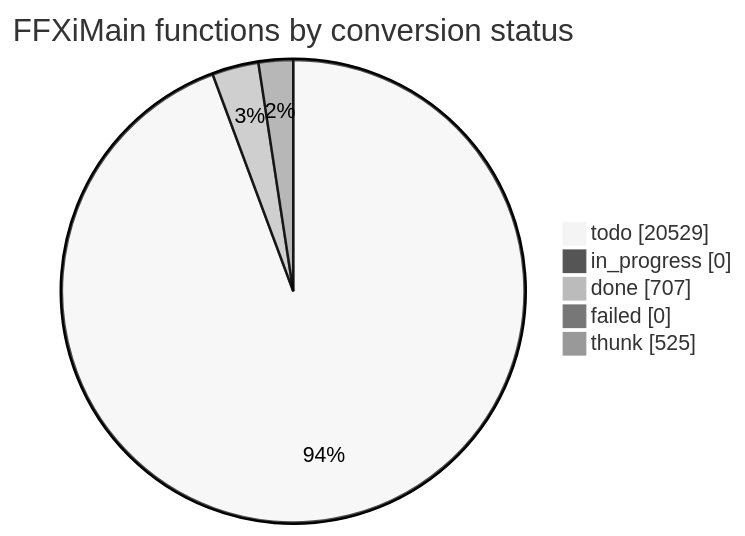
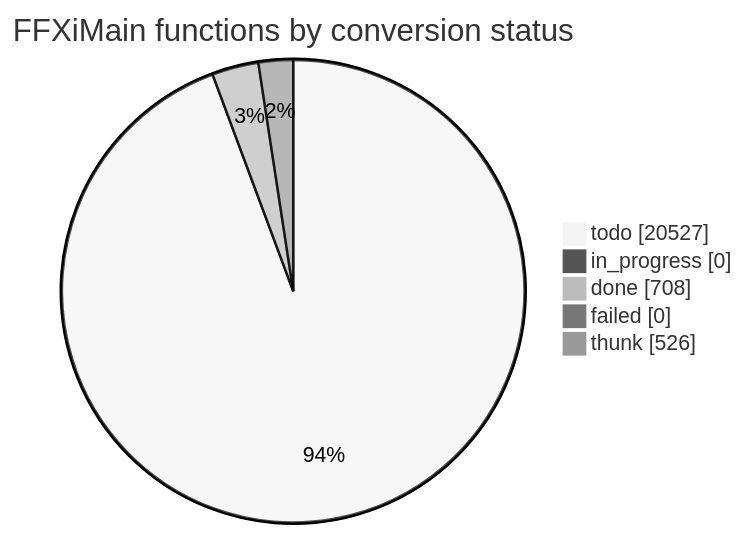
The diagram in docs/cow/STATUS.md (cowrevenge/cow_kuluu_xi_anything), drawn with Mermaid (neutral theme) before and after one commit. The commit also changed other lines of this file and 9 other files, not shown here.

````diff
--- a/docs/cow/STATUS.md
+++ b/docs/cow/STATUS.md
@@ -18,9 +18,9 @@
 ```mermaid
 pie showData
     title FFXiMain functions by conversion status
-    "todo" : 20529
+    "todo" : 20527
     "in_progress" : 0
-    "done" : 707
+    "done" : 708
     "failed" : 0
-    "thunk" : 525
+    "thunk" : 526
 ```
````
